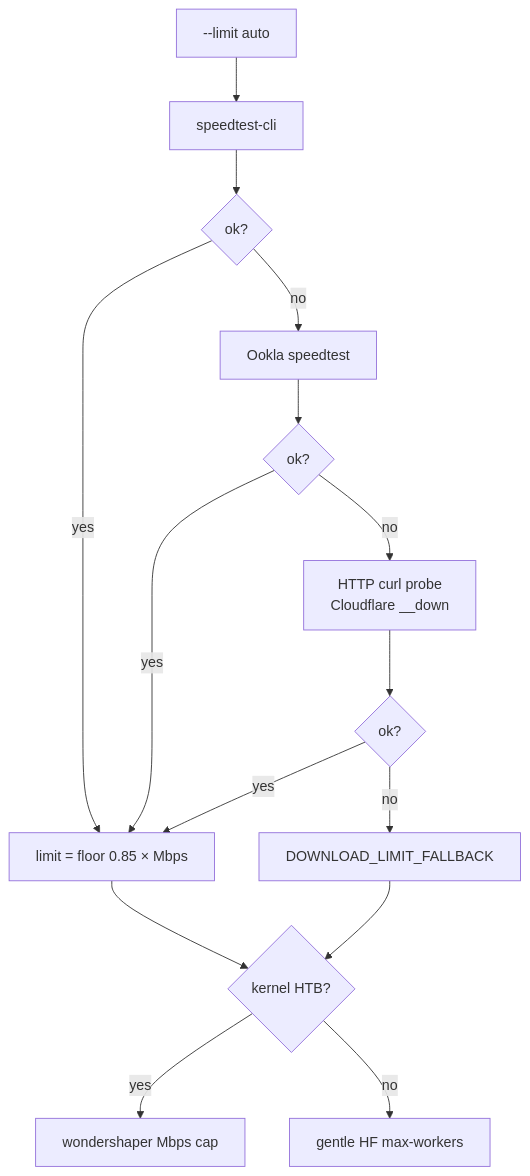
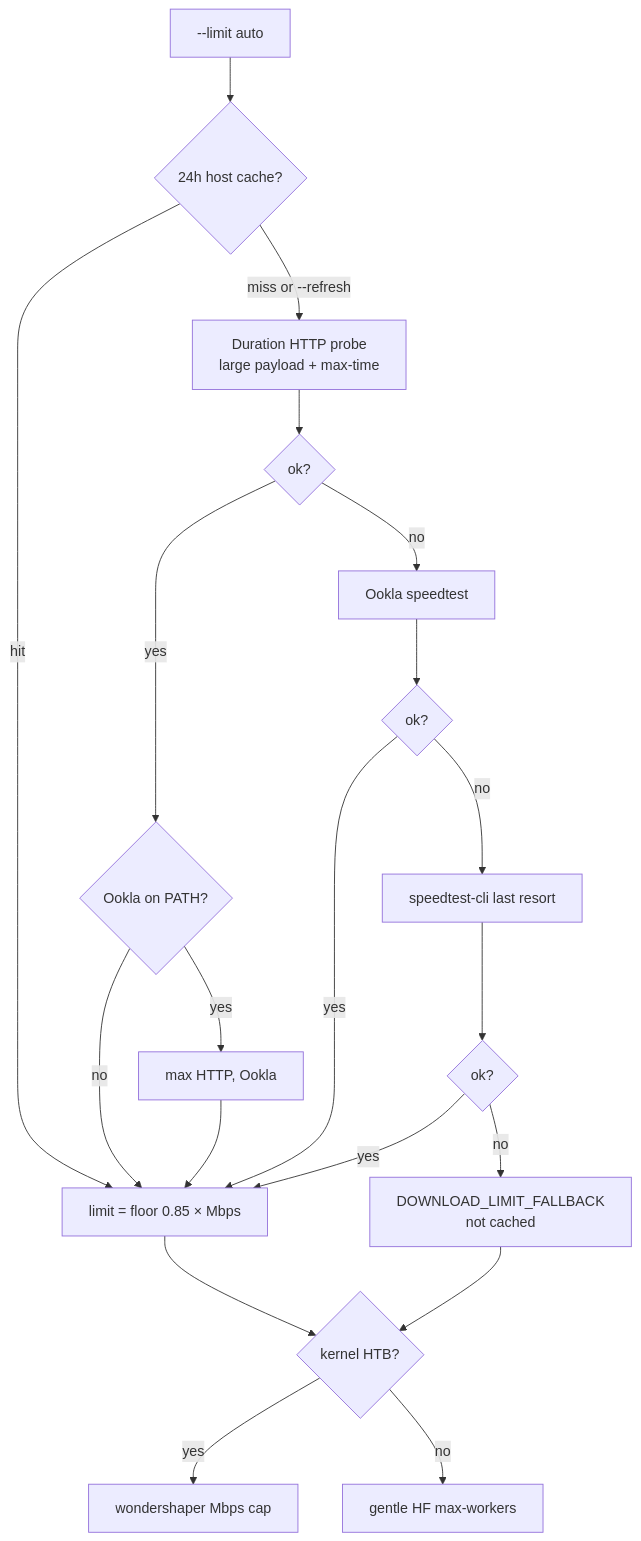
The third of 5 diagrams in docs/download-limit.md (toxicoder/ez-comfy-stack), drawn with Mermaid before and after one commit. The commit also changed other lines of this file and 10 other files, not shown here.

First line of the commit message:
fix: duration HTTP speed probe and 24h auto-limit cache

````diff
--- a/docs/download-limit.md
+++ b/docs/download-limit.md
@@ -99,17 +99,22 @@
 ```mermaid
 flowchart TB
-  A["--limit auto"] --> B["speedtest-cli"]
+  A["--limit auto"] --> Cache{"24h host cache?"}
+  Cache -->|hit| H["limit = floor 0.85 × Mbps"]
+  Cache -->|miss or --refresh| F["Duration HTTP probe<br/>large payload + max-time"]
+  F --> G{"ok?"}
+  G -->|yes| Ook{"Ookla on PATH?"}
+  Ook -->|yes| Mx["max HTTP, Ookla"]
+  Ook -->|no| H
+  Mx --> H
+  G -->|no| D["Ookla speedtest"]
+  D --> E{"ok?"}
+  E -->|yes| H
+  E -->|no| B["speedtest-cli last resort"]
   B --> C{"ok?"}
-  C -->|no| D["Ookla speedtest"]
-  D --> E{"ok?"}
-  E -->|no| F["HTTP curl probe<br/>Cloudflare __down"]
-  F --> G{"ok?"}
-  C -->|yes| H["limit = floor 0.85 × Mbps"]
-  E -->|yes| H
-  G -->|yes| H
-  G -->|no| I["DOWNLOAD_LIMIT_FALLBACK"]
+  C -->|yes| H
+  C -->|no| I["DOWNLOAD_LIMIT_FALLBACK<br/>not cached"]
   H --> J{"kernel HTB?"}
   I --> J
   J -->|yes| K["wondershaper Mbps cap"]
   J -->|no| L["gentle HF max-workers"]
 ```
````
